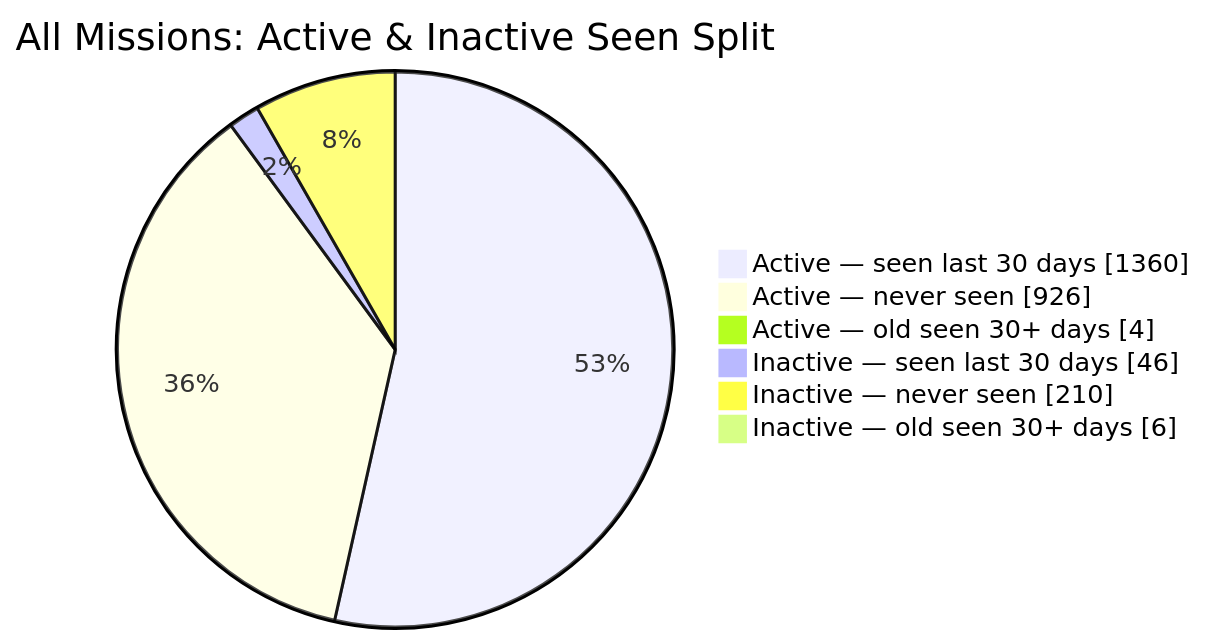
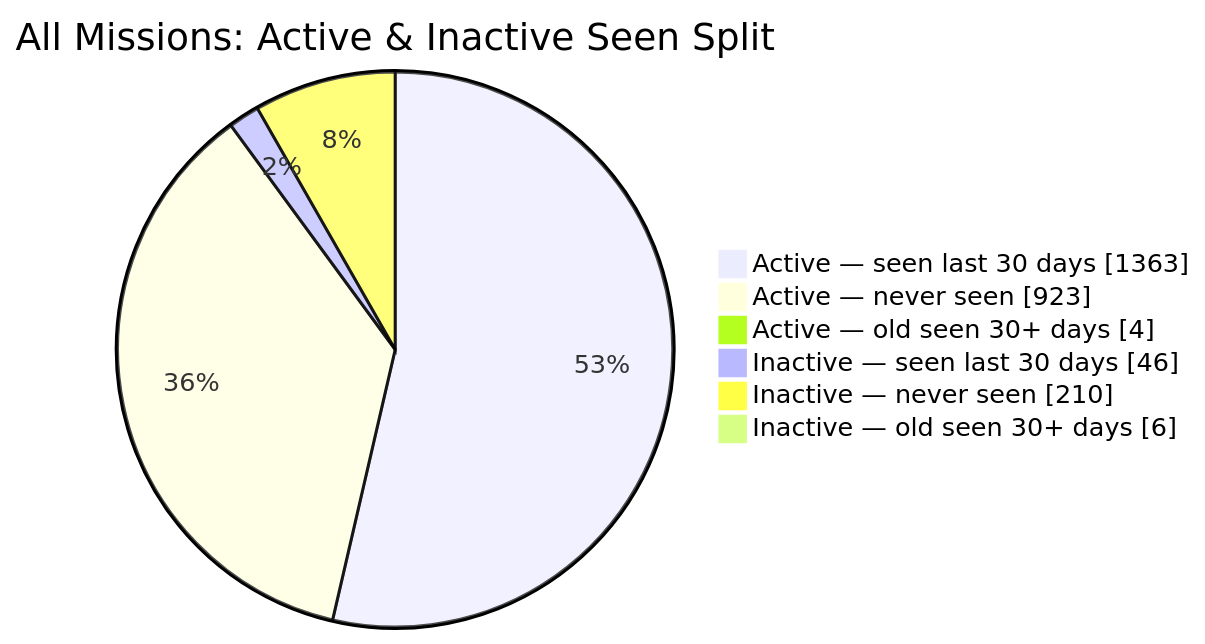
One commit to MeldkamerspelGameTeam/active-missions changed the second of 2 diagrams in README.md. Above: the diagram before and after it, drawn with Mermaid. The commit also changed other lines of this file and 2 other files, not shown here.

````diff
--- a/README.md
+++ b/README.md
@@ -44,10 +44,10 @@
 ```mermaid
 pie showData
     title All Missions: Active & Inactive Seen Split
-    "Active — seen last 30 days" : 1360
-    "Active — never seen" : 926
+    "Active — seen last 30 days" : 1363
+    "Active — never seen" : 923
     "Active — old seen 30+ days" : 4
     "Inactive — seen last 30 days" : 46
     "Inactive — never seen" : 210
     "Inactive — old seen 30+ days" : 6
 ```
````
